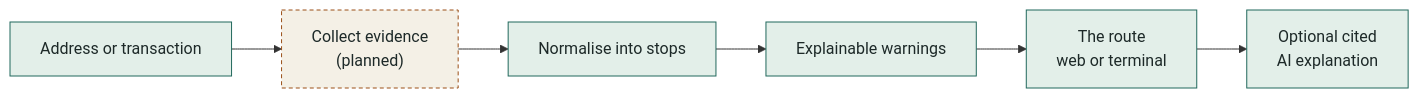
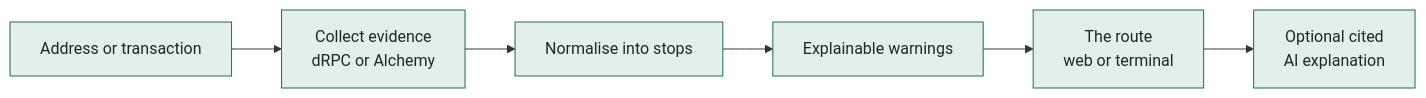
Before and after one commit to sjdsjadjajdjsa/chainsightline: the first of 2 diagrams in README.md, drawn with Mermaid. The commit also changed other lines of this file and 15 other files, not shown here.

````diff
--- a/README.md
+++ b/README.md
@@ -61,15 +79,15 @@
 ```mermaid
 flowchart LR
-    A["Address or transaction"] --> B["Collect evidence<br/>(planned)"]
+    A["Address or transaction"] --> B["Collect evidence<br/>dRPC or Alchemy"]
     B --> C["Normalise into stops"]
     C --> D["Explainable warnings"]
     D --> E["The route<br/>web or terminal"]
     E --> F["Optional cited<br/>AI explanation"]
 
-    style B fill:#f4f0e6,stroke:#9a4f17,color:#1d2928,stroke-dasharray:4 3
+    style B fill:#e3efe9,stroke:#21685c,color:#1d2928
     style A fill:#e3efe9,stroke:#21685c,color:#1d2928
     style C fill:#e3efe9,stroke:#21685c,color:#1d2928
     style D fill:#e3efe9,stroke:#21685c,color:#1d2928
     style E fill:#e3efe9,stroke:#21685c,color:#1d2928
     style F fill:#e3efe9,stroke:#21685c,color:#1d2928
 ```
````
